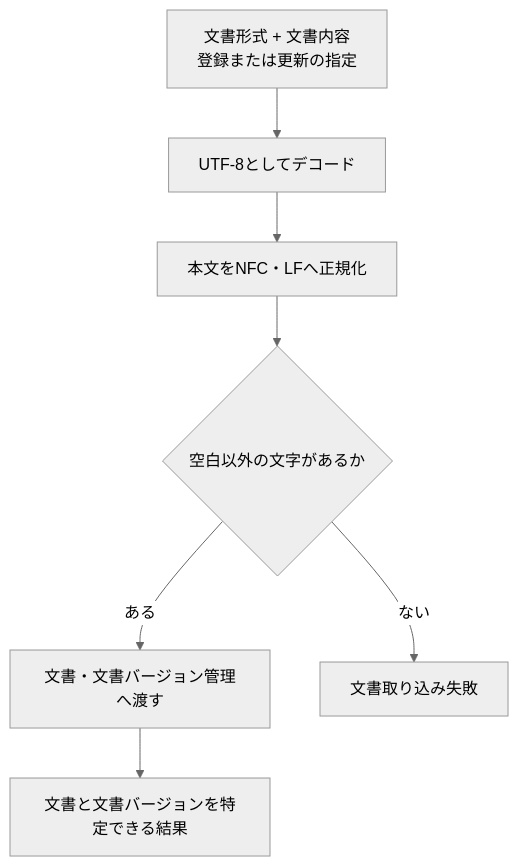
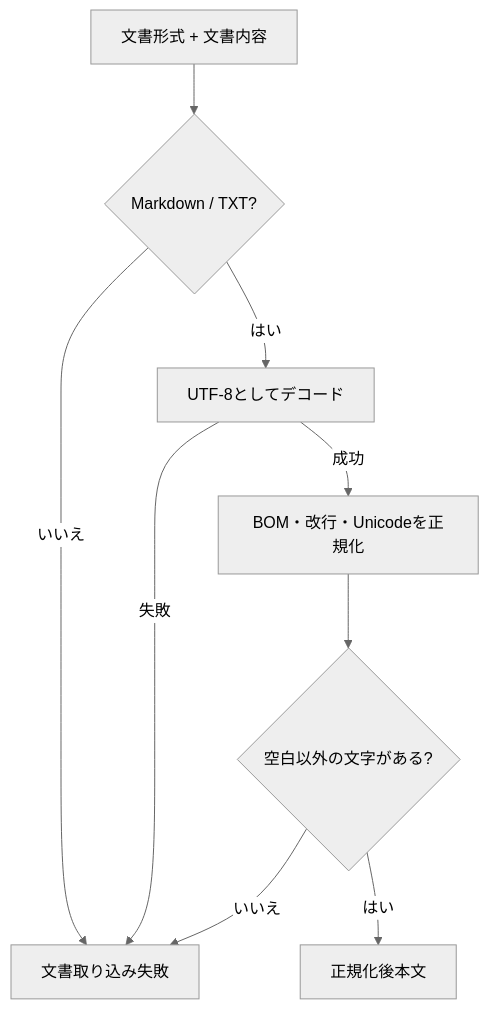
One commit to takashit16833/RAGScope changed the diagram in project-docs/design/domains/documents/文書取り込み設計.md. Above: the diagram before and after it, drawn with Mermaid (neutral theme). The commit also changed other lines of this file and 10 other files, not shown here.

````diff
--- a/project-docs/design/domains/documents/文書取り込み設計.md
+++ b/project-docs/design/domains/documents/文書取り込み設計.md
@@ -51,14 +46,18 @@
 ```mermaid
 flowchart TB
-    Input["文書形式 + 文書内容<br>登録または更新の指定"]
+    Input["文書形式 + 文書内容"]
+    Format{"Markdown / TXT?"}
     Decode["UTF-8としてデコード"]
-    Normalize["本文をNFC・LFへ正規化"]
-    Validate{"空白以外の文字があるか"}
-    Manage["文書・文書バージョン管理へ渡す"]
-    Result["文書と文書バージョンを特定できる結果"]
+    Normalize["BOM・改行・Unicodeを正規化"]
+    Validate{"空白以外の文字がある?"}
+    Output["正規化後本文"]
     Failure["文書取り込み失敗"]
 
-    Input --> Decode --> Normalize --> Validate
-    Validate -->|"ある"| Manage --> Result
-    Validate -->|"ない"| Failure
+    Input --> Format
+    Format -->|"いいえ"| Failure
+    Format -->|"はい"| Decode
+    Decode -->|"失敗"| Failure
+    Decode -->|"成功"| Normalize --> Validate
+    Validate -->|"いいえ"| Failure
+    Validate -->|"はい"| Output
 ```
````
